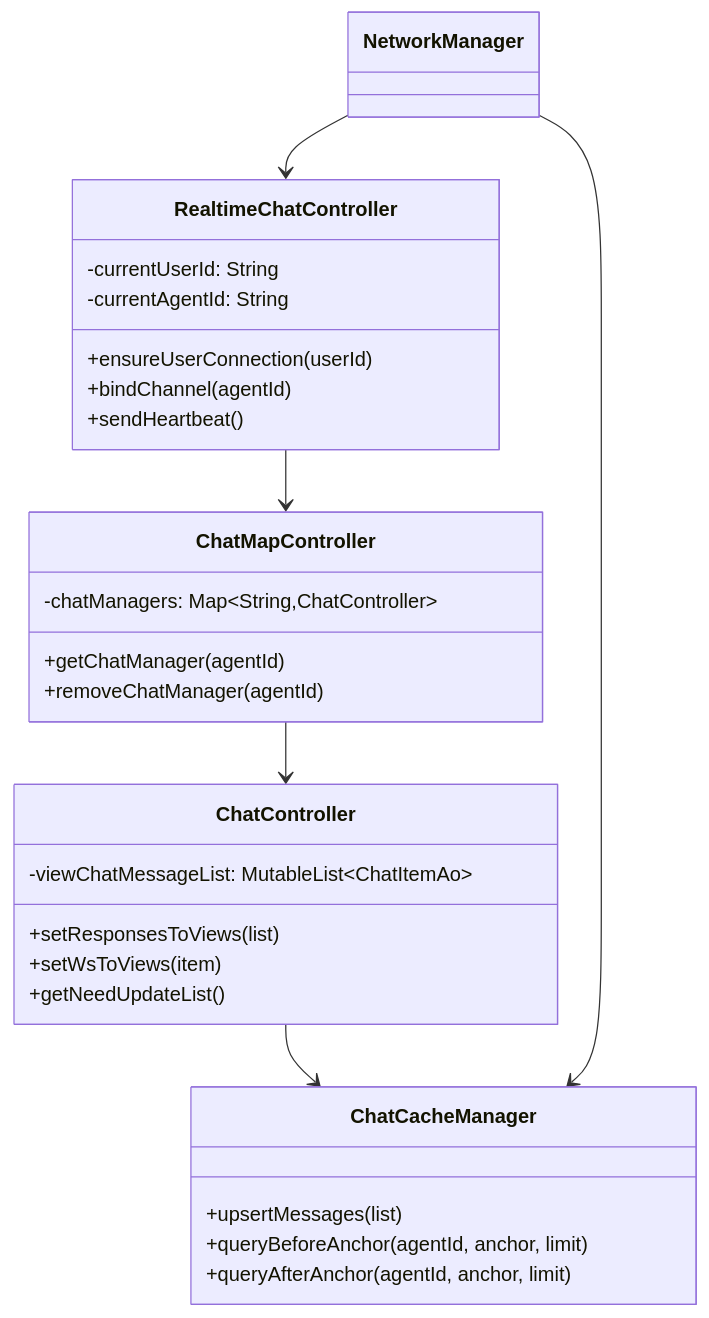
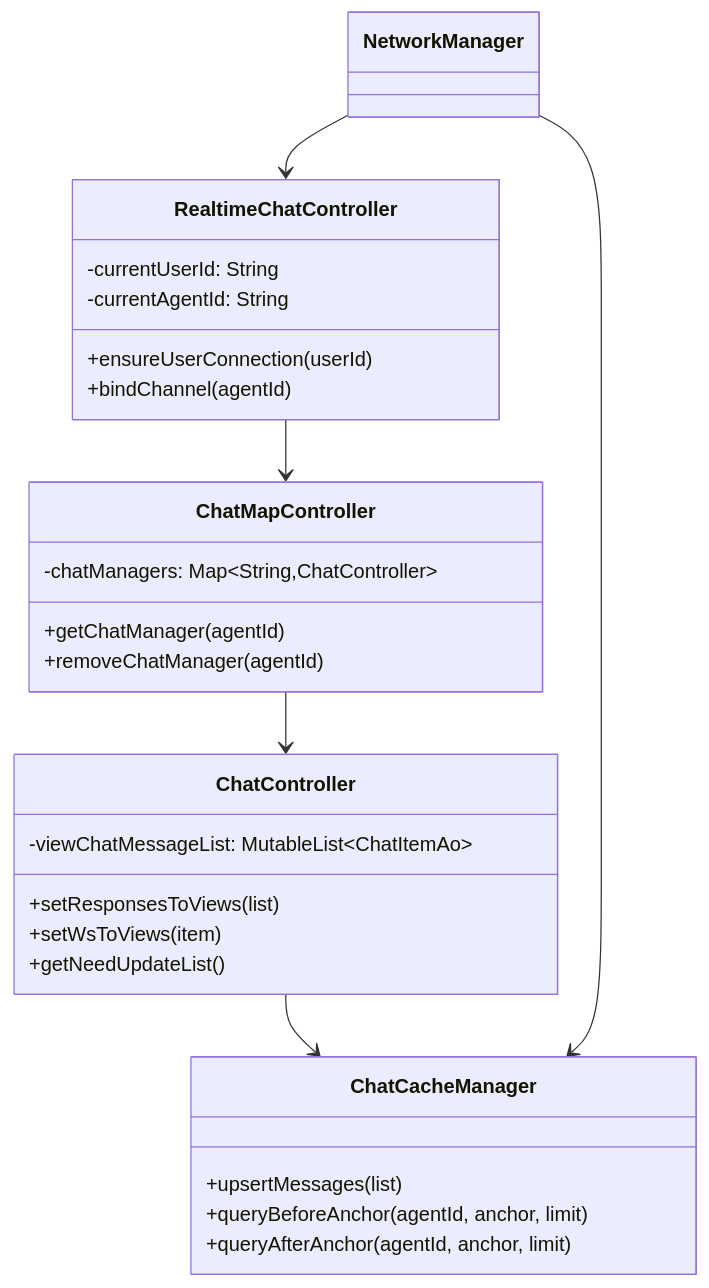
Diagram 27 of 45 in app/android/docs/AndroidDesignDocument.md (nangong918/magic-vector), drawn with Mermaid before and after one commit. The commit also changed other lines of this file and 13 other files, not shown here.

Commit message:
cursor: 实现RealTimeChatController设计图绘制

````diff
--- a/app/android/docs/AndroidDesignDocument.md
+++ b/app/android/docs/AndroidDesignDocument.md
@@ -804,32 +804,31 @@
 ```mermaid
 classDiagram
     class ChatMapController {
       -chatManagers: Map~String,ChatController~
       +getChatManager(agentId)
       +removeChatManager(agentId)
     }
     class ChatController {
       -viewChatMessageList: MutableList~ChatItemAo~
       +setResponsesToViews(list)
       +setWsToViews(item)
       +getNeedUpdateList()
     }
     class ChatCacheManager {
       +upsertMessages(list)
       +queryBeforeAnchor(agentId, anchor, limit)
       +queryAfterAnchor(agentId, anchor, limit)
     }
     class RealtimeChatController {
       -currentUserId: String
       -currentAgentId: String
       +ensureUserConnection(userId)
       +bindChannel(agentId)
-      +sendHeartbeat()
     }
     class NetworkManager
     ChatMapController --> ChatController
     ChatController --> ChatCacheManager
     RealtimeChatController --> ChatMapController
     NetworkManager --> ChatCacheManager
     NetworkManager --> RealtimeChatController
 ```
````
